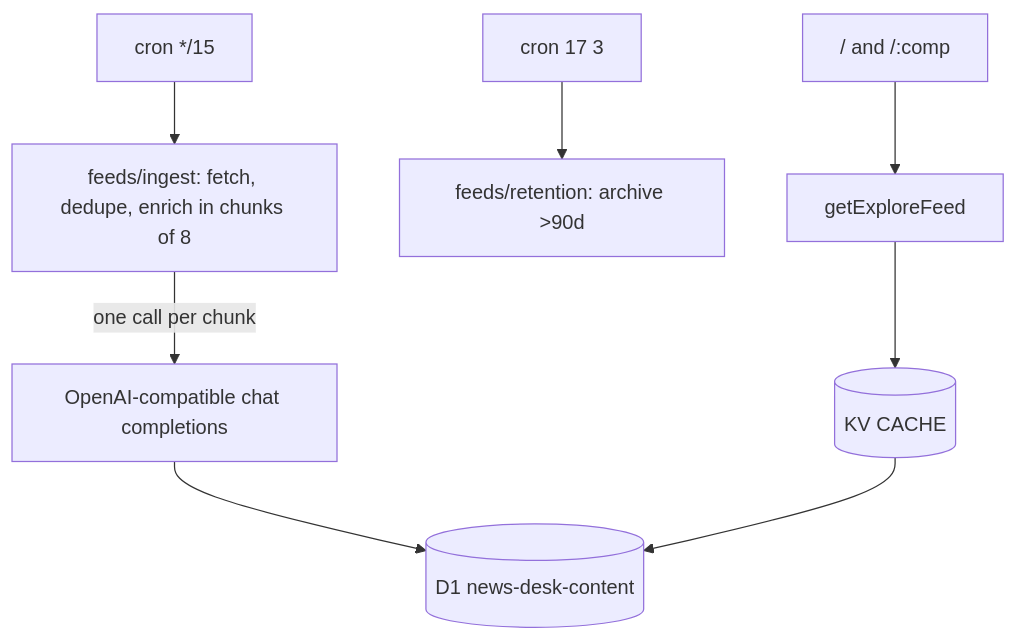
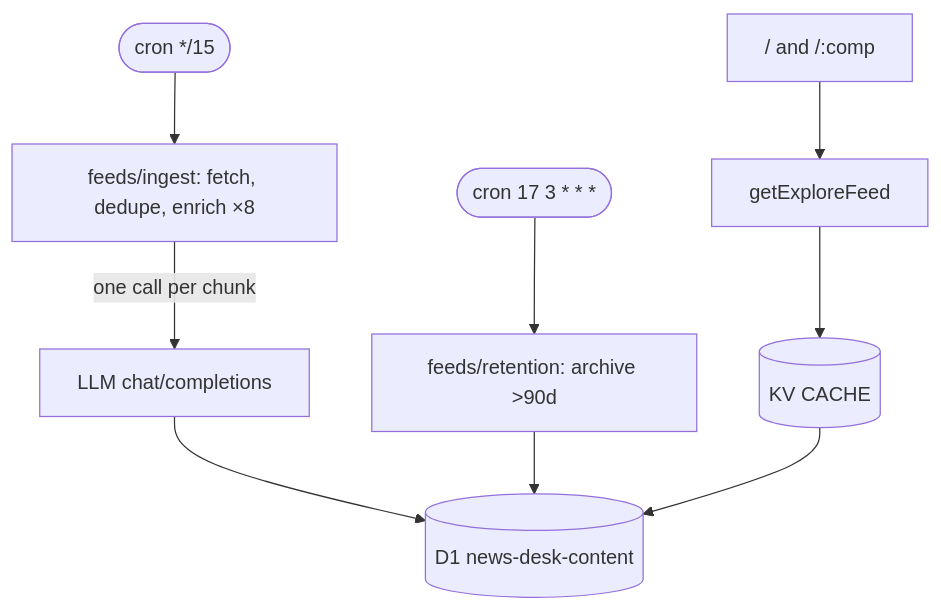
The diagram in README.md (youming-ai/umuo), drawn with Mermaid before and after one commit. The commit also changed other lines of this file, not shown here.

````diff
--- a/README.md
+++ b/README.md
@@ -40,8 +71,9 @@
 ```mermaid
 graph TD
-  Cron["cron */15"] --> Ingest[feeds/ingest: fetch, dedupe, enrich in chunks of 8]
-  Ingest -->|one call per chunk| LLM[OpenAI-compatible chat completions]
+  Cron@{ shape: stadium, label: "cron */15" } --> Ingest[feeds/ingest: fetch, dedupe, enrich ×8]
+  Ingest -->|one call per chunk| LLM[LLM chat/completions]
   LLM --> D1[(D1 news-desk-content)]
-  Sweep["cron 17 3"] --> Retention[feeds/retention: archive >90d]
+  Sweep@{ shape: stadium, label: "cron 17 3 * * *" } --> Retention[feeds/retention: archive >90d]
+  Retention --> D1
   Home["/ and /:comp"] --> Explore[getExploreFeed] --> KV1[(KV CACHE)] --> D1
 ```
````
